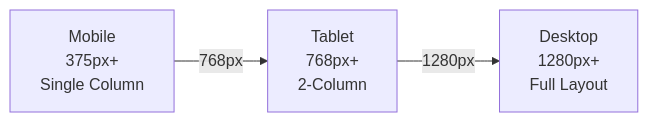
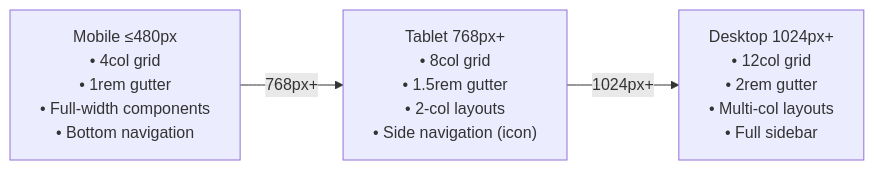
One commit to upleat-ax/u-maker-plugin changed the fifth of 5 diagrams in templates/02-design/2_DesignSystem_UX.template.md. Above: the diagram before and after it, drawn with Mermaid. The commit also changed other lines of this file and 29 other files, not shown here.

````diff
--- a/templates/02-design/2_DesignSystem_UX.template.md
+++ b/templates/02-design/2_DesignSystem_UX.template.md
@@ -203,5 +596,6 @@
 ```mermaid
 flowchart LR
-    Mobile["Mobile\n375px+\nSingle Column"] -->|768px| Tablet["Tablet\n768px+\n2-Column"]
-    Tablet -->|1280px| Desktop["Desktop\n1280px+\nFull Layout"]
+    Mobile["Mobile ≤480px\n• 4col grid\n• 1rem gutter\n• Full-width components\n• Bottom navigation"] -->|768px+| Tablet
+    Tablet["Tablet 768px+\n• 8col grid\n• 1.5rem gutter\n• 2-col layouts\n• Side navigation (icon)"] -->|1024px+| Desktop
+    Desktop["Desktop 1024px+\n• 12col grid\n• 2rem gutter\n• Multi-col layouts\n• Full sidebar"]
 ```
````
